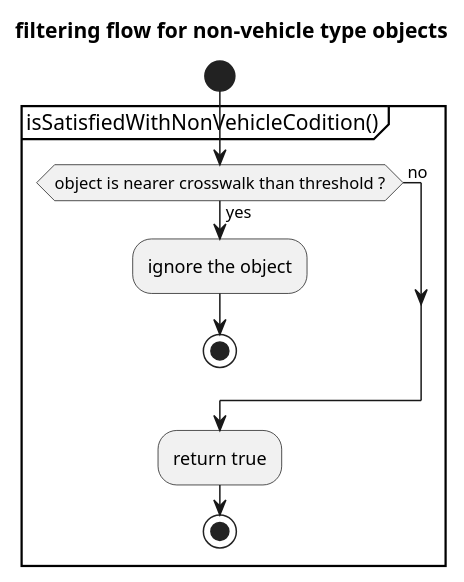
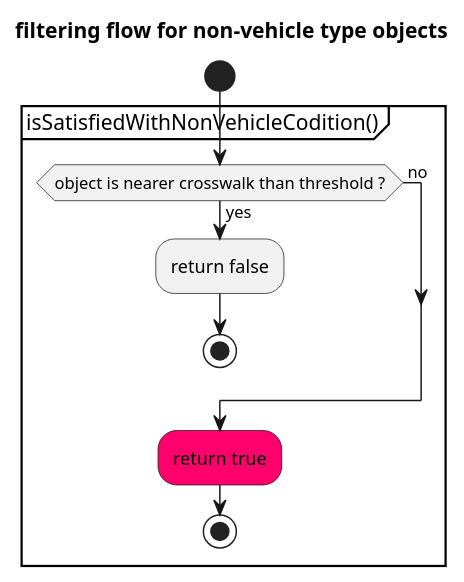
Before and after one commit to autowarefoundation/autoware.universe: the fifth of 6 diagrams in planning/behavior_path_planner/docs/behavior_path_planner_avoidance_design.md, drawn with PlantUML. The commit also changed other lines of this file and 6 other files, not shown here.

````diff
--- a/planning/behavior_path_planner/docs/behavior_path_planner_avoidance_design.md
+++ b/planning/behavior_path_planner/docs/behavior_path_planner_avoidance_design.md
@@ -328,21 +334,20 @@
 ```plantuml
 @startuml
-skinparam monochrome true
 skinparam defaultTextAlignment center
 skinparam noteTextAlignment left
 
 title filtering flow for non-vehicle type objects
 start
 
 partition isSatisfiedWithNonVehicleCodition() {
 if(object is nearer crosswalk than threshold ?) then (yes)
-:ignore the object;
+:return false;
 stop
 else (\n no)
 endif
-:return true;
+#FF006C :return true;
 stop
 }
 
 @enduml
 ```
````
